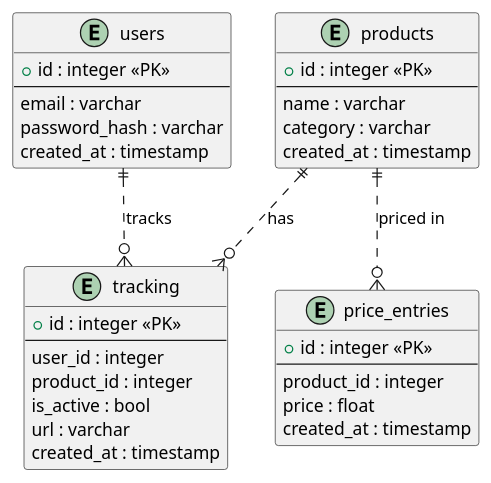
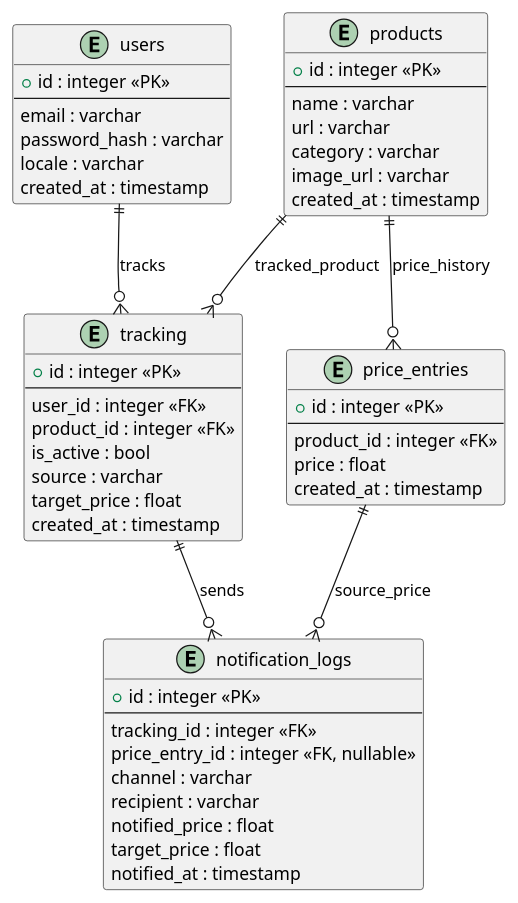
One commit to TheJokerGun/PriceGoblin changed the diagram in uml/pricegoblindatabase.puml. Above: the diagram before and after it, drawn with PlantUML. The commit also changed 21 other files, not shown here.

First line of the commit message:
Add user manual, update diagrams, and enhance notification service

```diff
--- a/uml/pricegoblindatabase.puml
+++ b/uml/pricegoblindatabase.puml
@@ -1,43 +1,59 @@
-@startuml
-' Entity Relationship Diagram generated from DBML
+@startuml PriceGoblinDatabase
 
 entity "users" as users {
   + id : integer <<PK>>
   --
   email : varchar
   password_hash : varchar
+  locale : varchar
   created_at : timestamp
 }
 
 entity "products" as products {
   + id : integer <<PK>>
   --
   name : varchar
+  url : varchar
   category : varchar
+  image_url : varchar
   created_at : timestamp
 }
 
 entity "tracking" as tracking {
   + id : integer <<PK>>
   --
-  user_id : integer
-  product_id : integer
+  user_id : integer <<FK>>
+  product_id : integer <<FK>>
   is_active : bool
-  url : varchar
+  source : varchar
+  target_price : float
   created_at : timestamp
 }
 
 entity "price_entries" as price_entries {
   + id : integer <<PK>>
   --
-  product_id : integer
+  product_id : integer <<FK>>
   price : float
   created_at : timestamp
 }
 
-' Relationships
-users ||..o{ tracking : tracks
-products ||..o{ tracking : has
-products ||..o{ price_entries : priced in
+entity "notification_logs" as notification_logs {
+  + id : integer <<PK>>
+  --
+  tracking_id : integer <<FK>>
+  price_entry_id : integer <<FK, nullable>>
+  channel : varchar
+  recipient : varchar
+  notified_price : float
+  target_price : float
+  notified_at : timestamp
+}
+
+users ||--o{ tracking : tracks
+products ||--o{ tracking : tracked_product
+products ||--o{ price_entries : price_history
+tracking ||--o{ notification_logs : sends
+price_entries ||--o{ notification_logs : source_price
 
 @enduml
```
